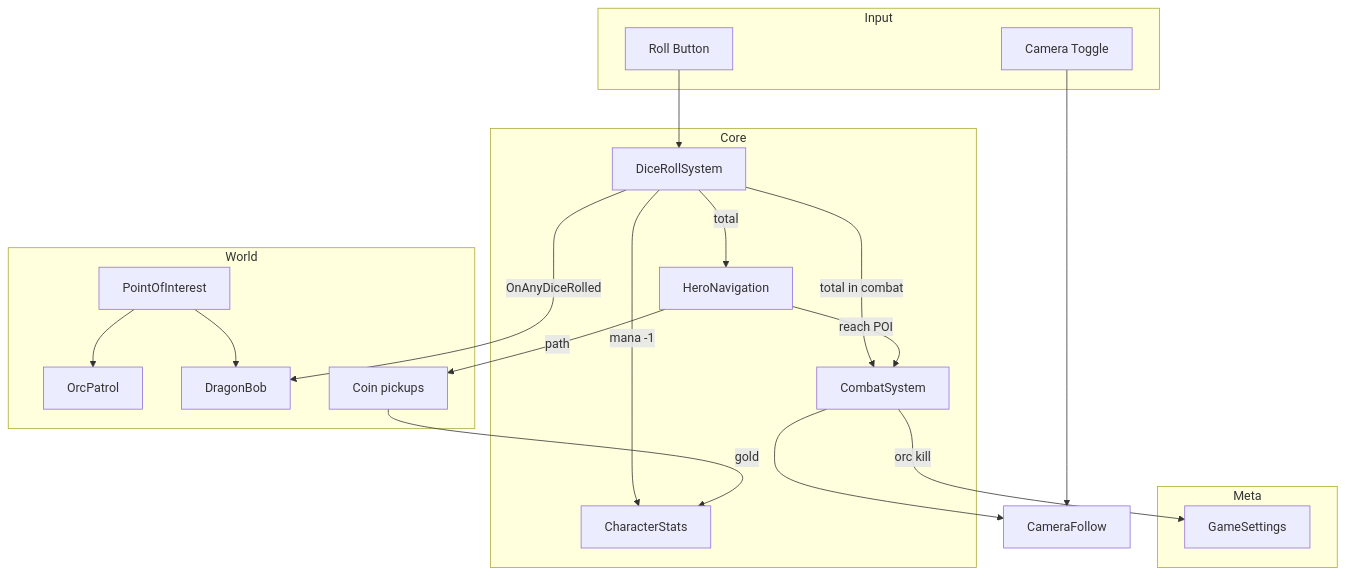
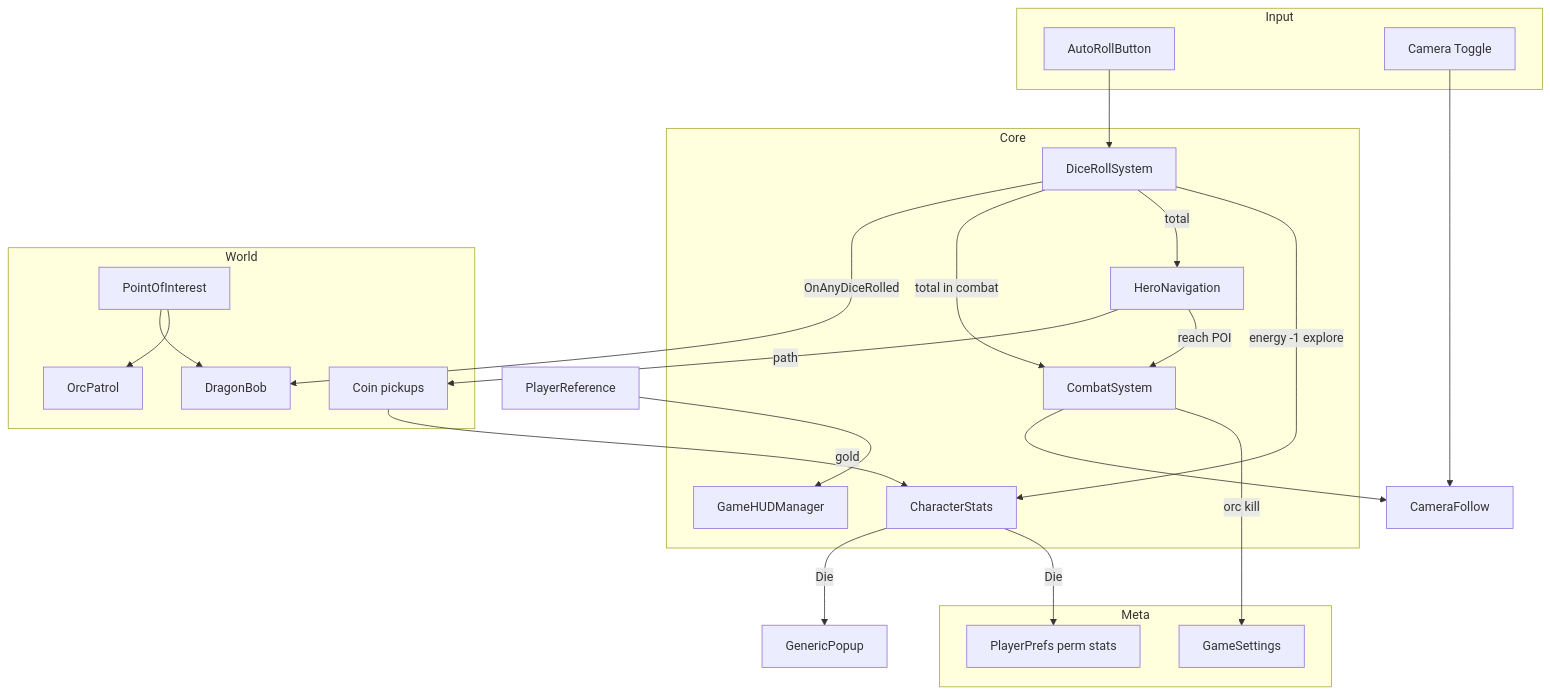
One commit to czyzem-stack/oakland changed the first of 4 diagrams in DOCUMENTATION.md. Above: the diagram before and after it, drawn with Mermaid. The commit also changed other lines of this file and 4 other files, not shown here.

````diff
--- a/DOCUMENTATION.md
+++ b/DOCUMENTATION.md
@@ -58,39 +63,44 @@
 ```mermaid
 flowchart TB
     subgraph Input
-        RollBtn[Roll Button]
+        RollBtn[AutoRollButton]
         CamBtn[Camera Toggle]
     end
 
     subgraph Core
         Dice[DiceRollSystem]
         Nav[HeroNavigation]
         Combat[CombatSystem]
         Stats[CharacterStats]
+        HUD[GameHUDManager]
     end
 
     subgraph World
         POI[PointOfInterest]
         Orc[OrcPatrol]
         Bob[DragonBob]
         Coin[Coin pickups]
     end
 
     subgraph Meta
         GS[GameSettings]
+        Prefs[PlayerPrefs perm stats]
     end
 
     RollBtn --> Dice
-    Dice -->|mana -1| Stats
+    Dice -->|energy -1 explore| Stats
     Dice -->|total| Nav
     Dice -->|total in combat| Combat
     Dice -->|OnAnyDiceRolled| Bob
     Nav -->|reach POI| Combat
     Nav -->|path| Coin
     Coin -->|gold| Stats
     POI --> Orc
     POI --> Bob
     Combat -->|orc kill| GS
+    Stats -->|Die| Prefs
+    Stats -->|Die| GenericPopup
+    PlayerReference --> HUD
     CamBtn --> CameraFollow
     Combat --> CameraFollow
 ```
````
